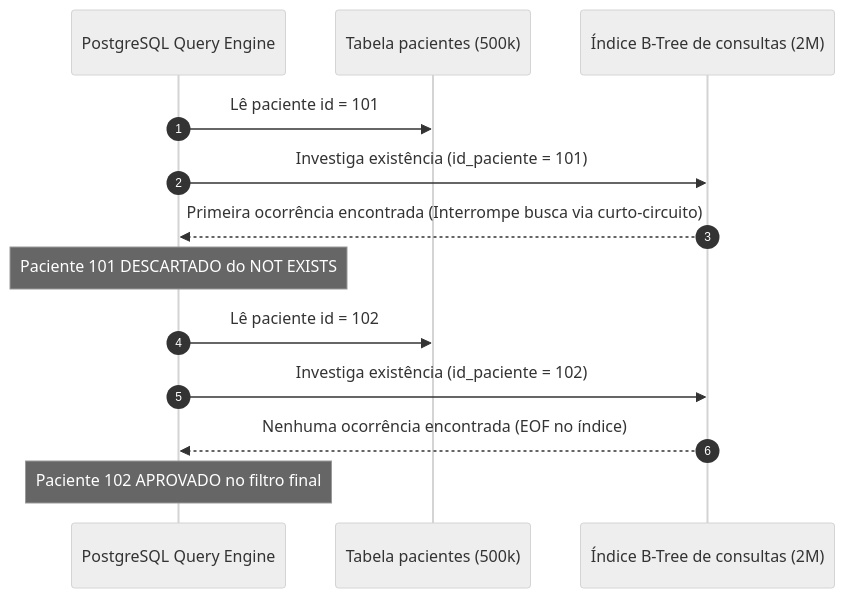
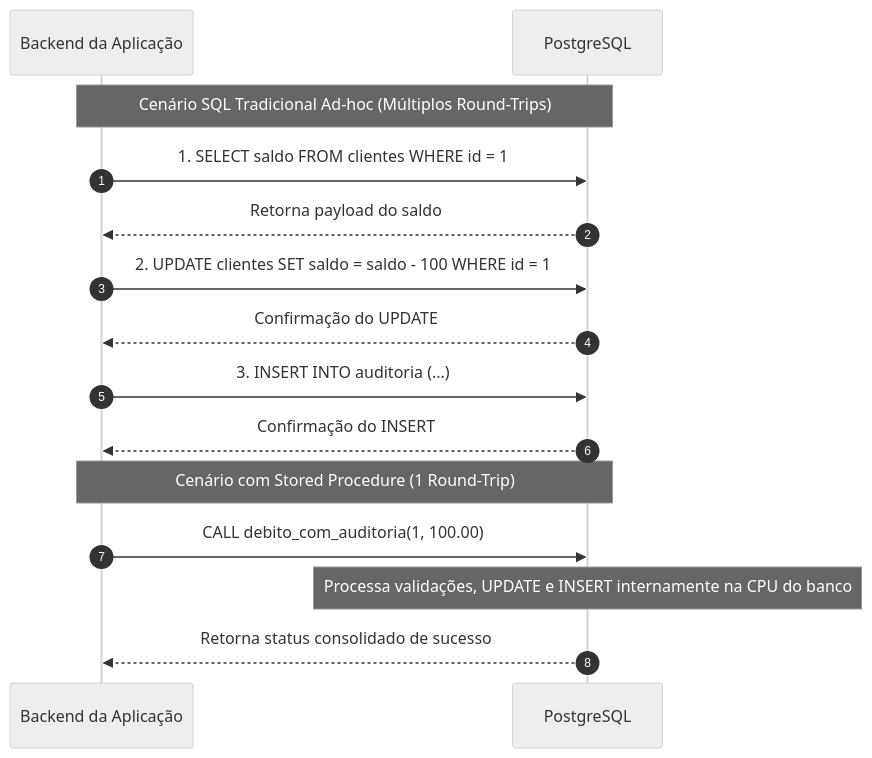
Diagram 15 of 18 in 4º Semestre/[Prof. Welington Garcia] Tópicos Avançados em Banco de Dados/Resumos-IA/Simulados-Comentados.md (murilolol/unifef), drawn with Mermaid (neutral theme) before and after one commit. The commit also changed other lines of this file and 25 other files, not shown here.

````diff
--- a/4º Semestre/[Prof. Welington Garcia] Tópicos Avançados em Banco de Dados/Resumos-IA/Simulados-Comentados.md
+++ b/4º Semestre/[Prof. Welington Garcia] Tópicos Avançados em Banco de Dados/Resumos-IA/Simulados-Comentados.md
@@ -1107,17 +994,19 @@
 ```mermaid
 sequenceDiagram
     autonumber
-    participant Plan as PostgreSQL Query Engine
-    participant P as Tabela pacientes (500k)
-    participant C as Índice B-Tree de consultas (2M)
-
-    Plan->>P: Lê paciente id = 101
-    Plan->>C: Investiga existência (id_paciente = 101)
-    C-->>Plan: Primeira ocorrência encontrada (Interrompe busca via curto-circuito)
-    Note over Plan: Paciente 101 DESCARTADO do NOT EXISTS
+    participant App as Backend da Aplicação
+    participant DB as PostgreSQL
     
-    Plan->>P: Lê paciente id = 102
-    Plan->>C: Investiga existência (id_paciente = 102)
-    C-->>Plan: Nenhuma ocorrência encontrada (EOF no índice)
-    Note over Plan: Paciente 102 APROVADO no filtro final
+    Note over App,DB: Cenário SQL Tradicional Ad-hoc (Múltiplos Round-Trips)
+    App->>DB: 1. SELECT saldo FROM clientes WHERE id = 1
+    DB-->>App: Retorna payload do saldo
+    App->>DB: 2. UPDATE clientes SET saldo = saldo - 100 WHERE id = 1
+    DB-->>App: Confirmação do UPDATE
+    App->>DB: 3. INSERT INTO auditoria (...)
+    DB-->>App: Confirmação do INSERT
+    
+    Note over App,DB: Cenário com Stored Procedure (1 Round-Trip)
+    App->>DB: CALL debito_com_auditoria(1, 100.00)
+    Note over DB: Processa validações, UPDATE e INSERT internamente na CPU do banco
+    DB-->>App: Retorna status consolidado de sucesso
 ```
````
